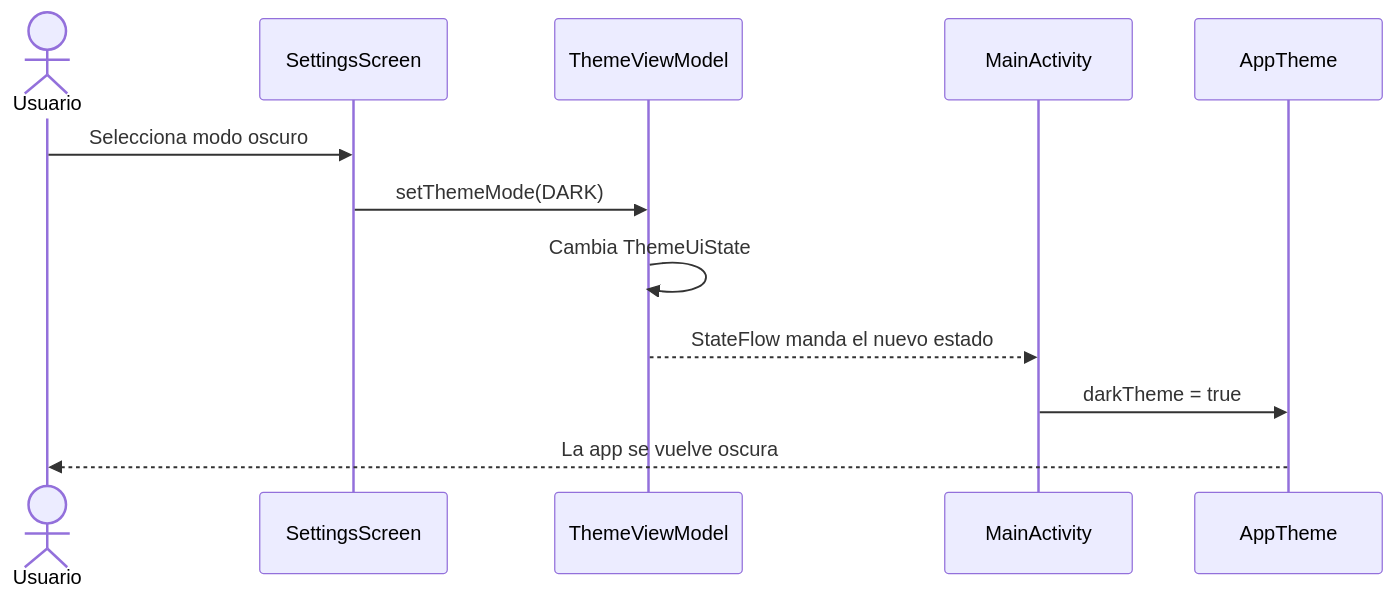
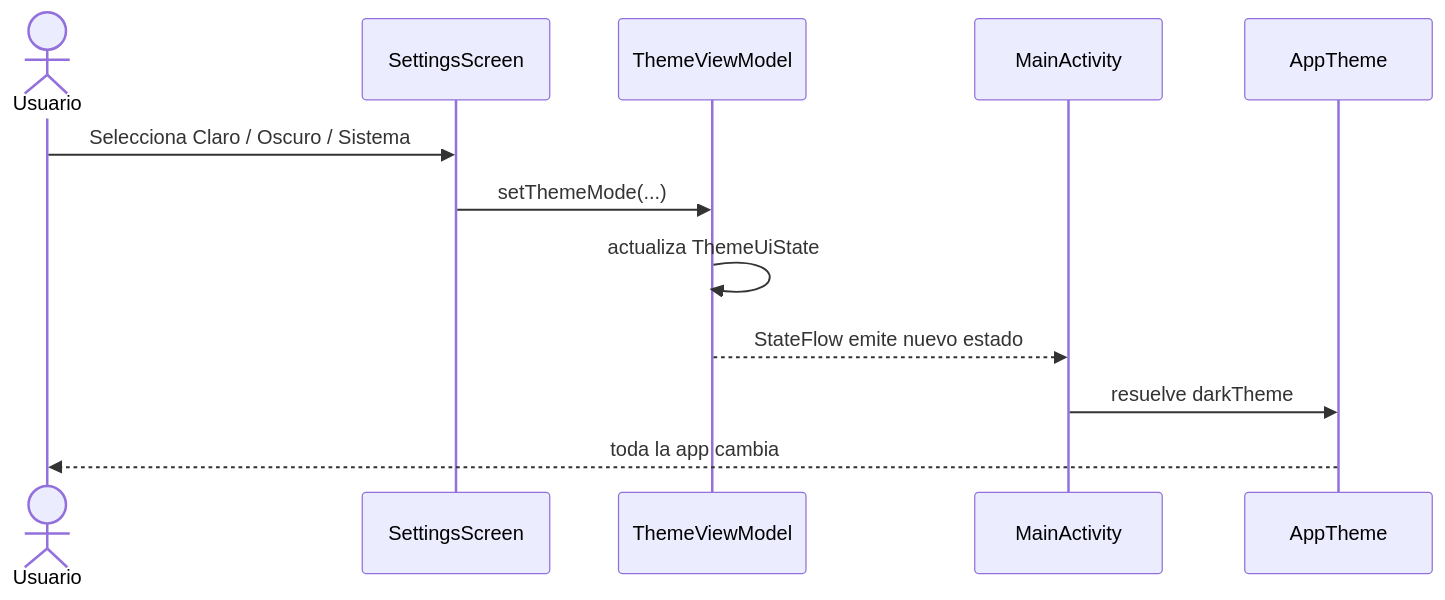
The second of 2 diagrams in docs/Guias/ModoOscuro.md (said7628/RIETI), drawn with Mermaid before and after one commit. The commit also changed other lines of this file, not shown here.

````diff
--- a/docs/Guias/ModoOscuro.md
+++ b/docs/Guias/ModoOscuro.md
@@ -283,15 +295,15 @@
 ```mermaid
 sequenceDiagram
     actor U as Usuario
     participant S as SettingsScreen
     participant VM as ThemeViewModel
     participant M as MainActivity
     participant T as AppTheme
 
-    U->>S: Selecciona modo oscuro
-    S->>VM: setThemeMode(DARK)
-    VM->>VM: Cambia ThemeUiState
-    VM-->>M: StateFlow manda el nuevo estado
-    M->>T: darkTheme = true
-    T-->>U: La app se vuelve oscura
+    U->>S: Selecciona Claro / Oscuro / Sistema
+    S->>VM: setThemeMode(...)
+    VM->>VM: actualiza ThemeUiState
+    VM-->>M: StateFlow emite nuevo estado
+    M->>T: resuelve darkTheme
+    T-->>U: toda la app cambia
 ```
````
